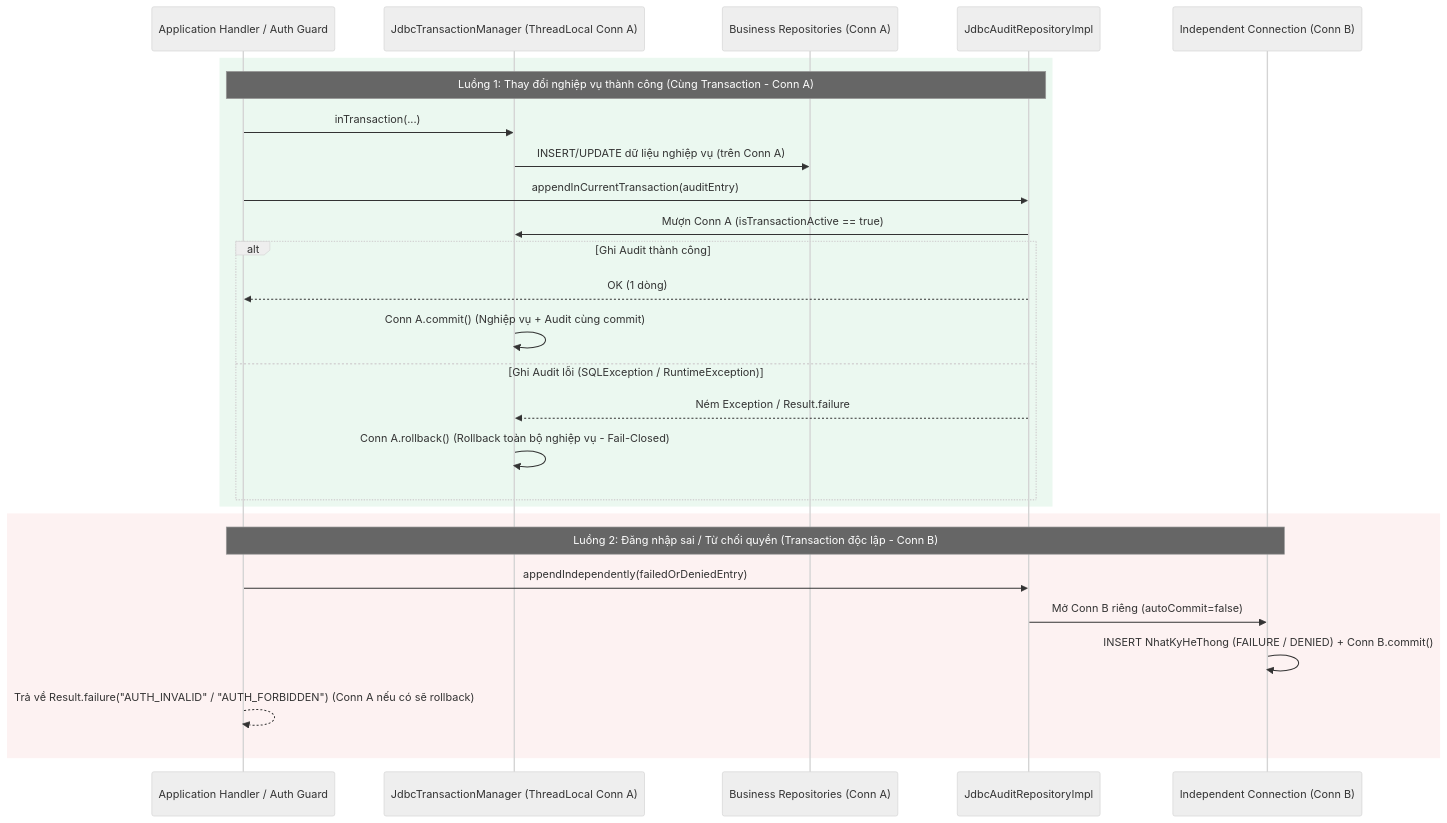
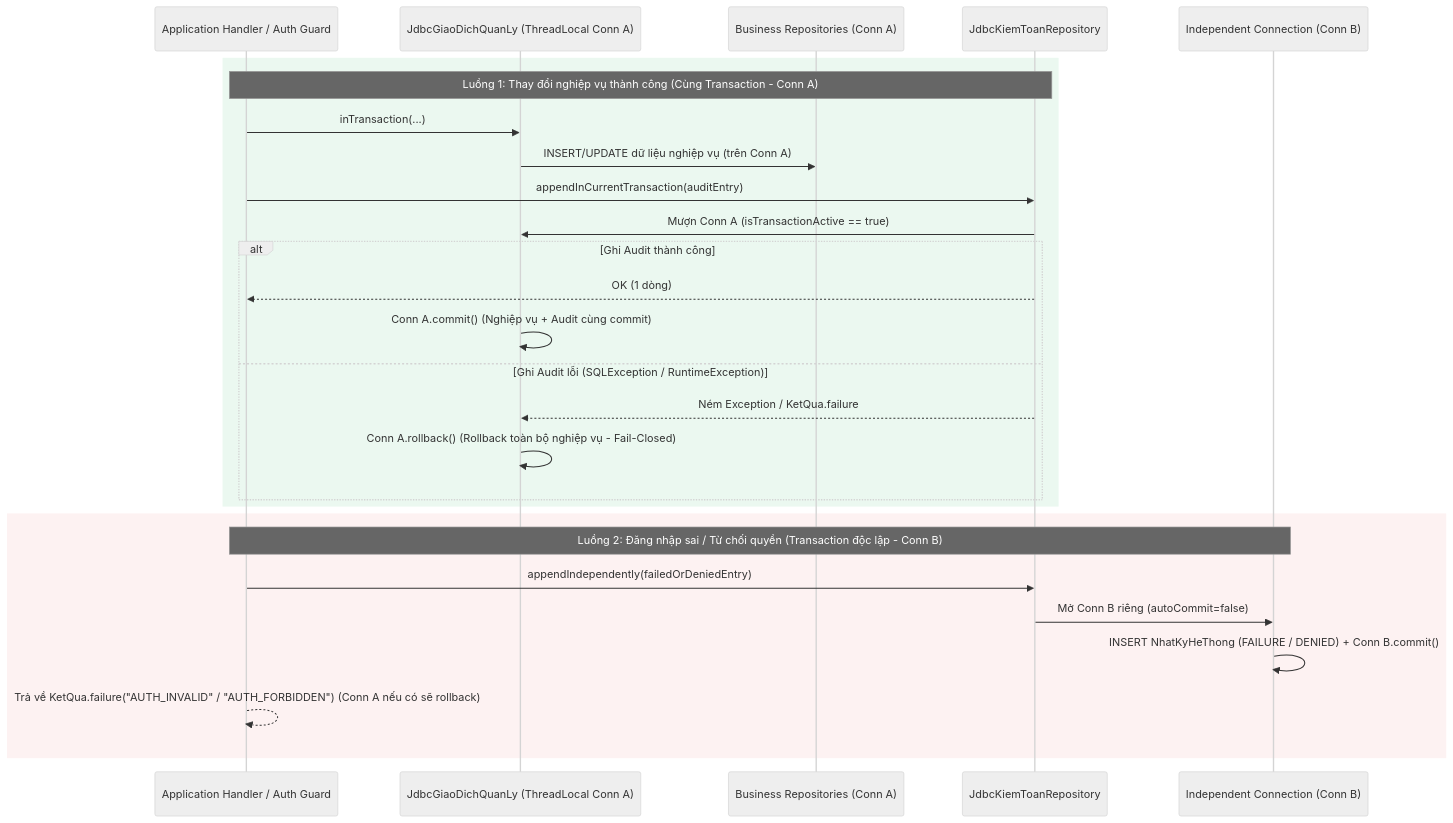
One commit to jtuongdang/clinic_desktop changed the diagram in docs/ke-hoach-trien-khai/phase2-audit-implementation-proposal.md. Above: the diagram before and after it, drawn with Mermaid (neutral theme). The commit also changed other lines of this file and 1327 other files, not shown here.

````diff
--- a/docs/ke-hoach-trien-khai/phase2-audit-implementation-proposal.md
+++ b/docs/ke-hoach-trien-khai/phase2-audit-implementation-proposal.md
@@ -220,31 +220,31 @@
 ```mermaid
 sequenceDiagram
     participant Caller as Application Handler / Auth Guard
-    participant TxMgr as JdbcTransactionManager (ThreadLocal Conn A)
+    participant TxMgr as JdbcGiaoDichQuanLy (ThreadLocal Conn A)
     participant BizRepo as Business Repositories (Conn A)
-    participant AuditRepo as JdbcAuditRepositoryImpl
+    participant AuditRepo as JdbcKiemToanRepository
     participant IndConn as Independent Connection (Conn B)
 
     rect rgb(235, 248, 240)
     Note over Caller,AuditRepo: Luồng 1: Thay đổi nghiệp vụ thành công (Cùng Transaction - Conn A)
     Caller->>TxMgr: inTransaction(...)
     TxMgr->>BizRepo: INSERT/UPDATE dữ liệu nghiệp vụ (trên Conn A)
     Caller->>AuditRepo: appendInCurrentTransaction(auditEntry)
     AuditRepo->>TxMgr: Mượn Conn A (isTransactionActive == true)
     alt Ghi Audit thành công
         AuditRepo-->>Caller: OK (1 dòng)
         TxMgr->>TxMgr: Conn A.commit() (Nghiệp vụ + Audit cùng commit)
     else Ghi Audit lỗi (SQLException / RuntimeException)
-        AuditRepo-->>TxMgr: Ném Exception / Result.failure
+        AuditRepo-->>TxMgr: Ném Exception / KetQua.failure
         TxMgr->>TxMgr: Conn A.rollback() (Rollback toàn bộ nghiệp vụ - Fail-Closed)
     end
     end
 
     rect rgb(253, 242, 242)
     Note over Caller,IndConn: Luồng 2: Đăng nhập sai / Từ chối quyền (Transaction độc lập - Conn B)
     Caller->>AuditRepo: appendIndependently(failedOrDeniedEntry)
     AuditRepo->>IndConn: Mở Conn B riêng (autoCommit=false)
     IndConn->>IndConn: INSERT NhatKyHeThong (FAILURE / DENIED) + Conn B.commit()
-    Caller-->>Caller: Trả về Result.failure("AUTH_INVALID" / "AUTH_FORBIDDEN") (Conn A nếu có sẽ rollback)
+    Caller-->>Caller: Trả về KetQua.failure("AUTH_INVALID" / "AUTH_FORBIDDEN") (Conn A nếu có sẽ rollback)
     end
 ```
````
